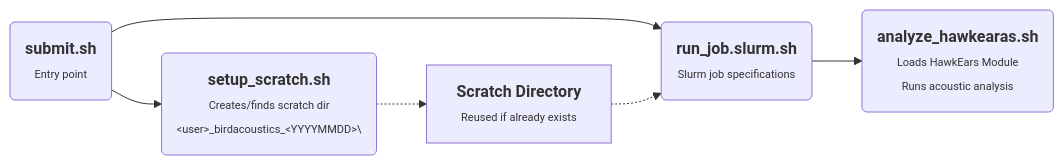
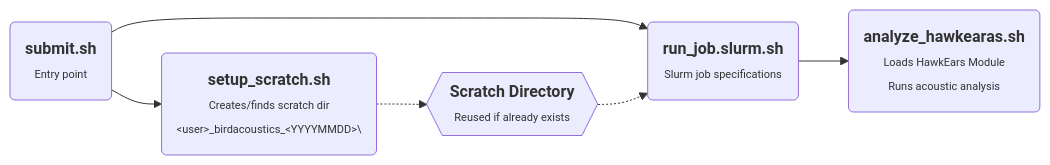
One commit to SamLokanc/birdacoustics changed the diagram in README.md. Above: the diagram before and after it, drawn with Mermaid.

Commit message:
differentiate between directory and script in diagram

````diff
--- a/README.md
+++ b/README.md
@@ -13,19 +13,19 @@
 ```mermaid
 flowchart LR
     A("`**submit.sh**
     <span style='font-size: 11px;'>Entry point</span>`")
     B("`**setup_scratch.sh**
     <span style='font-size: 11px;'>Creates/finds scratch dir </br> &ltuser&gt\_birdacoustics\_&ltYYYYMMDD&gt\ </span>`")
-    C["`**Scratch Directory**
-    <span style='font-size: 11px;'> Reused if already exists </span>`"]
+    C{{"`**Scratch Directory**
+    <span style='font-size: 11px;'> Reused if already exists </span>`"}}
     D("`**run_job.slurm.sh**
     <span style='font-size: 11px;'> Slurm job specifications </span>`")
     E("`**analyze_hawkearas.sh**
     <span style='font-size: 11px;'> Loads HawkEars Module </br> Runs acoustic analysis</span>`")
 
     A --> B 
     A --> D
     B -.-> C
     C -.-> D
     D --> E
 ```
````
